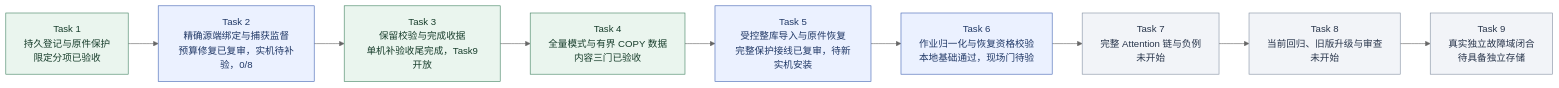
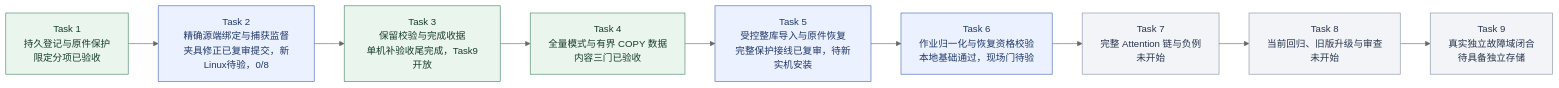
One commit to MansurnamedZhang/learning-system-p0c4 changed the second of 9 diagrams in docs/KnowWeave实施路线与系统架构.md. Above: the diagram before and after it, drawn with Mermaid (neutral theme). The commit also changed other lines of this file and 5 other files, not shown here.

````diff
--- a/docs/KnowWeave实施路线与系统架构.md
+++ b/docs/KnowWeave实施路线与系统架构.md
@@ -72,26 +72,26 @@
 ```mermaid
 flowchart LR
     C4T1["Task 1<br/>持久登记与原件保护<br/>限定分项已验收"]
-    C4T2["Task 2<br/>精确源端绑定与捕获监督<br/>预算修复已复审，实机待补验，0/8"]
+    C4T2["Task 2<br/>精确源端绑定与捕获监督<br/>夹具修正已复审提交，新Linux待验，0/8"]
     C4T3["Task 3<br/>保留校验与完成收据<br/>单机补验收尾完成，Task9开放"]
     C4T4["Task 4<br/>全量模式与有界 COPY 数据<br/>内容三门已验收"]
     C4T5["Task 5<br/>受控整库导入与原件恢复<br/>完整保护接线已复审，待新实机安装"]
     C4T6["Task 6<br/>作业归一化与恢复资格校验<br/>本地基础通过，现场门待验"]
     C4T7["Task 7<br/>完整 Attention 链与负例<br/>未开始"]
     C4T8["Task 8<br/>当前回归、旧版升级与审查<br/>未开始"]
     C4T9["Task 9<br/>真实独立故障域闭合<br/>待具备独立存储"]
     C4T1 --> C4T2
     C4T2 --> C4T3
     C4T3 --> C4T4
     C4T4 --> C4T5
     C4T5 --> C4T6
     C4T6 --> C4T7
     C4T7 --> C4T8
     C4T8 --> C4T9
     class C4T1,C4T3,C4T4 done
     class C4T2,C4T5,C4T6 next
     class C4T7,C4T8,C4T9 planned
     classDef done fill:#eaf5ee,stroke:#438363,color:#173d2b
     classDef next fill:#ebf1ff,stroke:#4365b4,color:#203866
     classDef planned fill:#f2f4f8,stroke:#8591a3,color:#28354b
 ```
````
